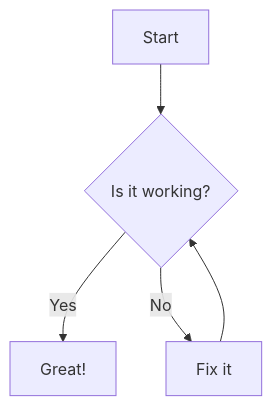
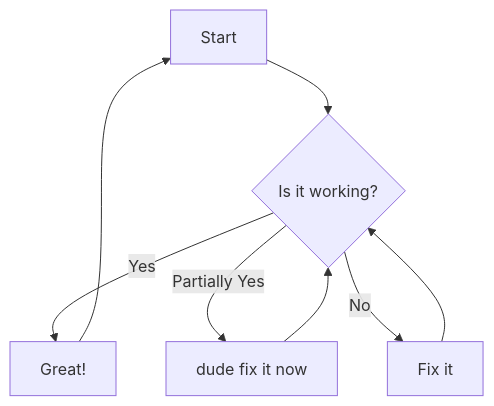
The diagram in how_to_write_mermaid.md (FDRMKouki/Testing-Project), drawn with Mermaid before and after one commit. The commit also changed 1 other file, not shown here.

Commit message:
StudentControllerTestでのテスト失敗を修正

````diff
--- a/how_to_write_mermaid.md
+++ b/how_to_write_mermaid.md
@@ -1,7 +1,11 @@
 ```mermaid
 graph TD
     A[Start] --> B{Is it working?}
     B -->|Yes| C[Great!]
+    B -->|Partially Yes| E[dude fix it now]
     B -->|No| D[Fix it]
     D --> B
+    E --> B
+    C --> A
+
 ```
````
